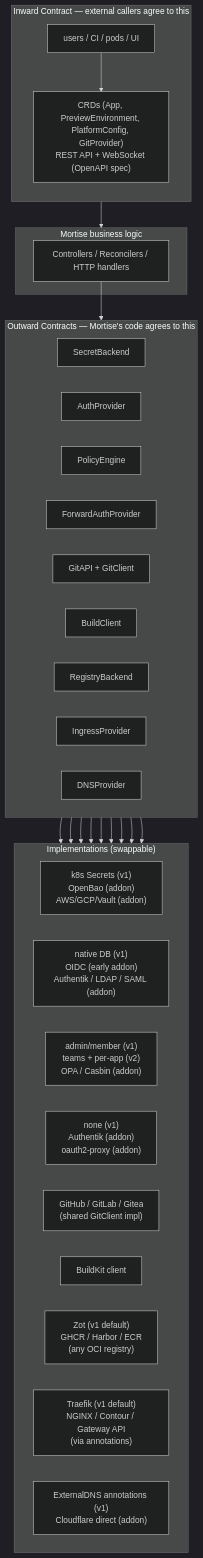
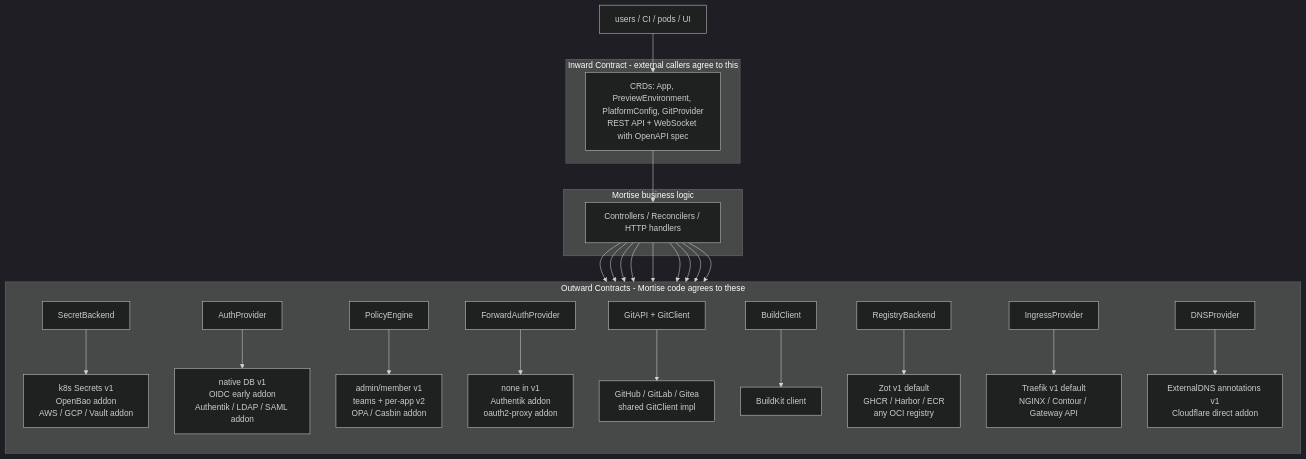
One commit to mortise-org/mortise changed the third of 5 diagrams in ARCHITECTURE.md. Above: the diagram before and after it, drawn with Mermaid (dark theme). The commit also changed other lines of this file, not shown here.

Commit message:
Fix diagrams

````diff
--- a/ARCHITECTURE.md
+++ b/ARCHITECTURE.md
@@ -195,53 +195,37 @@
 ```mermaid
 flowchart TB
-    subgraph Inward["Inward Contract — external callers agree to this"]
-        direction TB
-        Callers["users / CI / pods / UI"]
-        Public["CRDs (App, PreviewEnvironment, PlatformConfig, GitProvider)<br/>REST API + WebSocket (OpenAPI spec)"]
-        Callers --> Public
+    Callers["users / CI / pods / UI"]
+
+    subgraph Inward["Inward Contract - external callers agree to this"]
+        Public["CRDs: App, PreviewEnvironment, PlatformConfig, GitProvider<br/>REST API + WebSocket with OpenAPI spec"]
     end
-
-    Public --> Business
 
     subgraph Business["Mortise business logic"]
         Ctrl["Controllers / Reconcilers / HTTP handlers"]
     end
 
-    Ctrl --> Outward
-
-    subgraph Outward["Outward Contracts — Mortise's code agrees to this"]
-        direction LR
-        SB["SecretBackend"]
-        AU["AuthProvider"]
-        PE["PolicyEngine"]
-        FA["ForwardAuthProvider"]
-        GA["GitAPI + GitClient"]
-        BC["BuildClient"]
-        RB["RegistryBackend"]
-        IP["IngressProvider"]
-        DP["DNSProvider"]
+    subgraph Outward["Outward Contracts - Mortise code agrees to these"]
+        direction TB
+        SB["SecretBackend"] --> SBImpl["k8s Secrets v1<br/>OpenBao addon<br/>AWS / GCP / Vault addon"]
+        AU["AuthProvider"] --> AUImpl["native DB v1<br/>OIDC early addon<br/>Authentik / LDAP / SAML addon"]
+        PE["PolicyEngine"] --> PEImpl["admin/member v1<br/>teams + per-app v2<br/>OPA / Casbin addon"]
+        FA["ForwardAuthProvider"] --> FAImpl["none in v1<br/>Authentik addon<br/>oauth2-proxy addon"]
+        GA["GitAPI + GitClient"] --> GAImpl["GitHub / GitLab / Gitea<br/>shared GitClient impl"]
+        BC["BuildClient"] --> BCImpl["BuildKit client"]
+        RB["RegistryBackend"] --> RBImpl["Zot v1 default<br/>GHCR / Harbor / ECR<br/>any OCI registry"]
+        IP["IngressProvider"] --> IPImpl["Traefik v1 default<br/>NGINX / Contour / Gateway API"]
+        DP["DNSProvider"] --> DPImpl["ExternalDNS annotations v1<br/>Cloudflare direct addon"]
     end
 
-    subgraph Impls["Implementations (swappable)"]
-        direction LR
-        SBImpl["k8s Secrets (v1)<br/>OpenBao (addon)<br/>AWS/GCP/Vault (addon)"]
-        AUImpl["native DB (v1)<br/>OIDC (early addon)<br/>Authentik / LDAP / SAML (addon)"]
-        PEImpl["admin/member (v1)<br/>teams + per-app (v2)<br/>OPA / Casbin (addon)"]
-        FAImpl["none (v1)<br/>Authentik (addon)<br/>oauth2-proxy (addon)"]
-        GAImpl["GitHub / GitLab / Gitea<br/>(shared GitClient impl)"]
-        BCImpl["BuildKit client"]
-        RBImpl["Zot (v1 default)<br/>GHCR / Harbor / ECR<br/>(any OCI registry)"]
-        IPImpl["Traefik (v1 default)<br/>NGINX / Contour / Gateway API<br/>(via annotations)"]
-        DPImpl["ExternalDNS annotations (v1)<br/>Cloudflare direct (addon)"]
-    end
-
-    SB --> SBImpl
-    AU --> AUImpl
-    PE --> PEImpl
-    FA --> FAImpl
-    GA --> GAImpl
-    BC --> BCImpl
-    RB --> RBImpl
-    IP --> IPImpl
-    DP --> DPImpl
+    Callers --> Public
+    Public --> Ctrl
+    Ctrl --> SB
+    Ctrl --> AU
+    Ctrl --> PE
+    Ctrl --> FA
+    Ctrl --> GA
+    Ctrl --> BC
+    Ctrl --> RB
+    Ctrl --> IP
+    Ctrl --> DP
 ```
````
